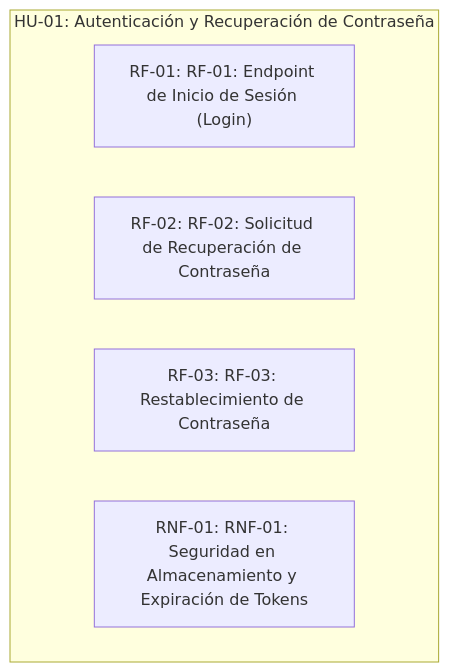
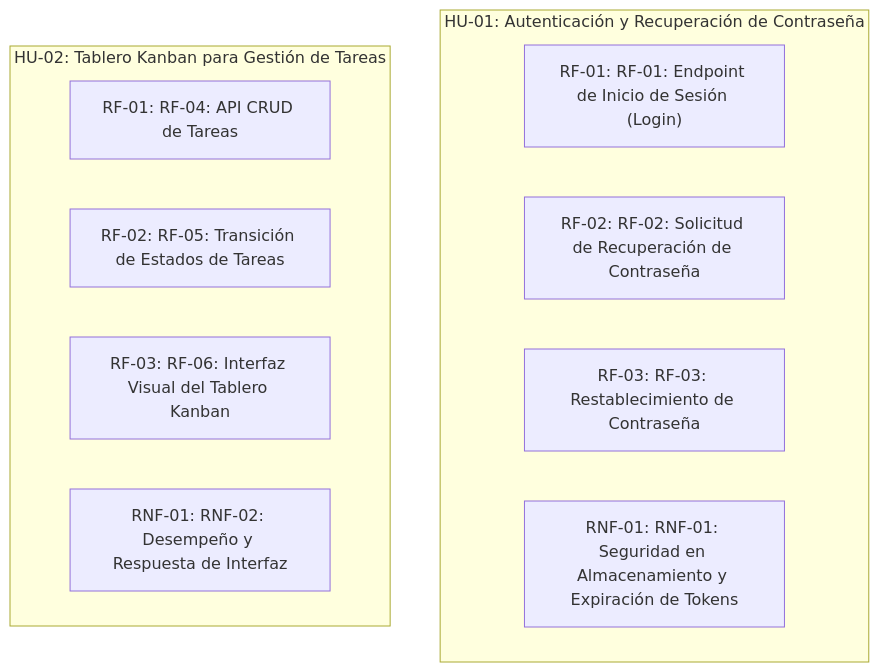
One commit to Agustin-PerezR/Dashboard changed the diagram in docs/grafo.md. Above: the diagram before and after it, drawn with Mermaid. The commit also changed other lines of this file, not shown here.

Commit message:
Auto-publish: actualiza docs/grafo.md

````diff
--- a/docs/grafo.md
+++ b/docs/grafo.md
@@ -5,9 +5,15 @@
 ```mermaid
 graph TD
   subgraph US_1787324135669["HU-01: Autenticación y Recuperación de Contraseña"]
     REQ_1787324723268["RF-01: RF-01: Endpoint de Inicio de Sesión (Login)"]
     REQ_1787324723387["RF-02: RF-02: Solicitud de Recuperación de Contraseña"]
     REQ_1787324723485["RF-03: RF-03: Restablecimiento de Contraseña"]
     REQ_1787324723566["RNF-01: RNF-01: Seguridad en Almacenamiento y Expiración de Tokens"]
   end
+  subgraph US_1787324141402["HU-02: Tablero Kanban para Gestión de Tareas"]
+    REQ_1787324728302["RF-01: RF-04: API CRUD de Tareas"]
+    REQ_1787324728381["RF-02: RF-05: Transición de Estados de Tareas"]
+    REQ_1787324728476["RF-03: RF-06: Interfaz Visual del Tablero Kanban"]
+    REQ_1787324728566["RNF-01: RNF-02: Desempeño y Respuesta de Interfaz"]
+  end
 ```
````
